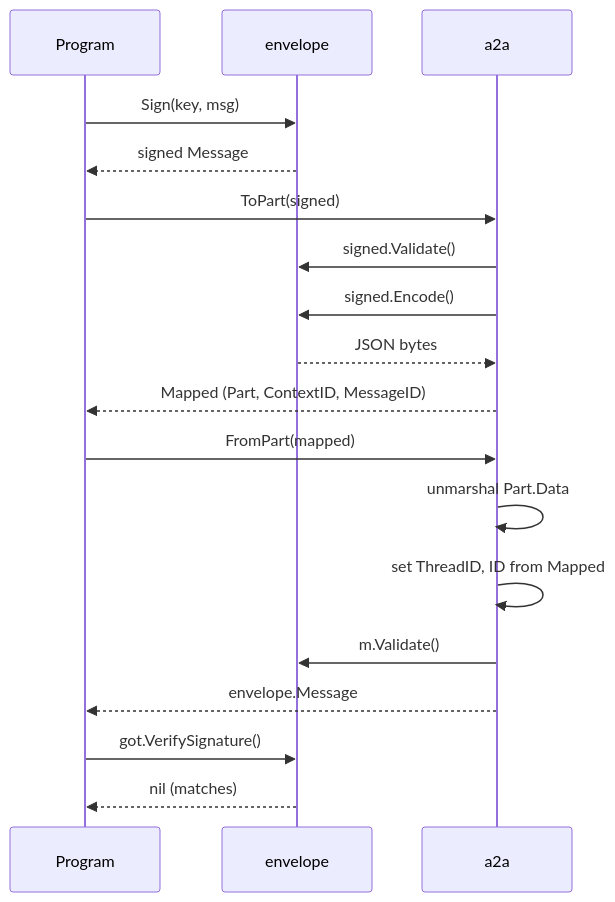
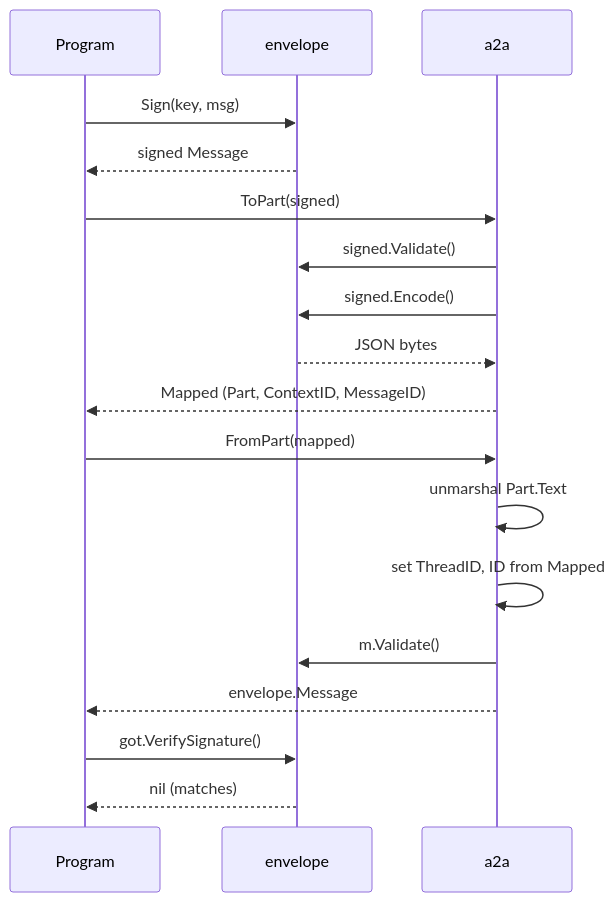
One commit to MiviaLabs/mivia-ai-sdk changed the diagram in docs/examples/a2a-mapping-roundtrip.md. Above: the diagram before and after it, drawn with Mermaid. The commit also changed other lines of this file and 29 other files, not shown here.

````diff
--- a/docs/examples/a2a-mapping-roundtrip.md
+++ b/docs/examples/a2a-mapping-roundtrip.md
@@ -9,20 +9,20 @@
 ```mermaid
 sequenceDiagram
     participant P as Program
     participant E as envelope
     participant A as a2a
     P->>E: Sign(key, msg)
     E-->>P: signed Message
     P->>A: ToPart(signed)
     A->>E: signed.Validate()
     A->>E: signed.Encode()
     E-->>A: JSON bytes
     A-->>P: Mapped (Part, ContextID, MessageID)
     P->>A: FromPart(mapped)
-    A->>A: unmarshal Part.Data
+    A->>A: unmarshal Part.Text
     A->>A: set ThreadID, ID from Mapped
     A->>E: m.Validate()
     A-->>P: envelope.Message
     P->>E: got.VerifySignature()
     E-->>P: nil (matches)
 ```
````
